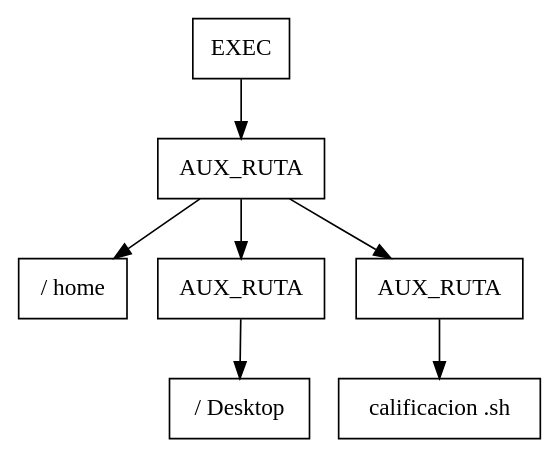
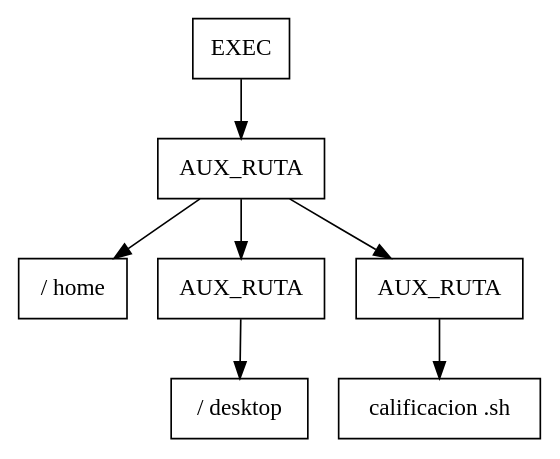
Before and after one commit to raulxiloj/FileSystem_1: the diagram in build-FileSystem_1-Desktop_Qt_5_12_1_GCC_64bit-Debug/temp.dot, drawn with Graphviz. The commit also changed 17 other files, not shown here.

```diff
--- a/build-FileSystem_1-Desktop_Qt_5_12_1_GCC_64bit-Debug/temp.dot
+++ b/build-FileSystem_1-Desktop_Qt_5_12_1_GCC_64bit-Debug/temp.dot
@@ -1,16 +1,16 @@
 digraph G{
 node [shape="box"]
 NodoAST0[label="EXEC"];
 NodoAST1[label= "AUX_RUTA "];
 NodoAST0->NodoAST1;
 NodoAST2[label= "/ home"];
 NodoAST1->NodoAST2;
 NodoAST3[label= "AUX_RUTA "];
 NodoAST1->NodoAST3;
-NodoAST4[label= "/ Desktop"];
+NodoAST4[label= "/ desktop"];
 NodoAST3->NodoAST4;
 NodoAST5[label= "AUX_RUTA "];
 NodoAST1->NodoAST5;
 NodoAST6[label= "calificacion .sh"];
 NodoAST5->NodoAST6;
 }
```
